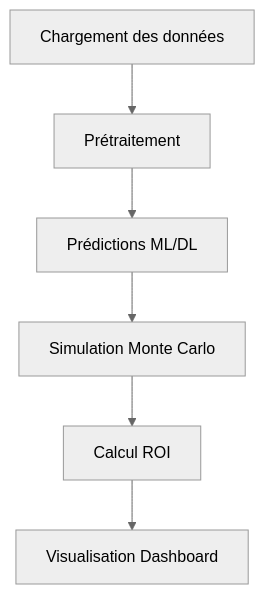
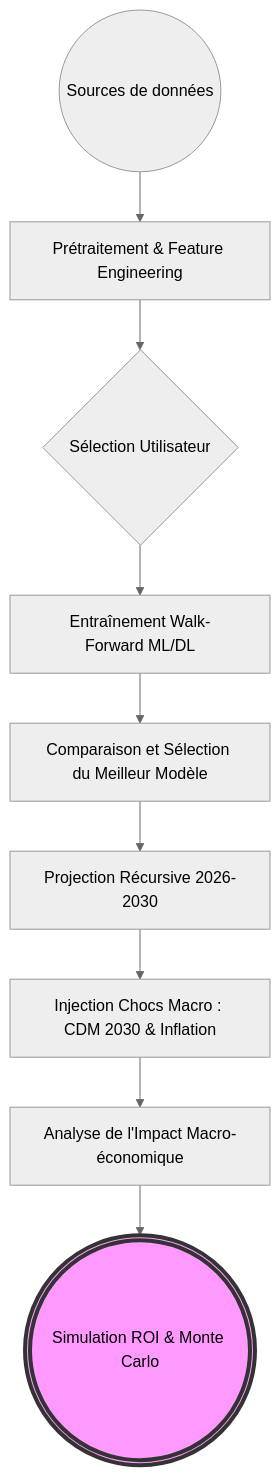
One commit to achraflm/Hospitality-Strategy-Morocco-2030 changed the diagram in docs/dashboard.md. Above: the diagram before and after it, drawn with Mermaid (neutral theme). The commit also changed other lines of this file, not shown here.

Commit message:
docs: update dashboard.py documentation with detailed business logic and figures

````diff
--- a/docs/dashboard.md
+++ b/docs/dashboard.md
@@ -27,16 +34,14 @@
 ```mermaid
 flowchart TD
 
-A[Chargement des données]
-B[Prétraitement]
-C[Prédictions ML/DL]
-D[Simulation Monte Carlo]
-E[Calcul ROI]
-F[Visualisation Dashboard]
+A((Sources de données)) --> B[Prétraitement & Feature Engineering]
+B --> C{Sélection Utilisateur}
+C --> D[Entraînement Walk-Forward ML/DL]
+D --> E[Comparaison et Sélection du Meilleur Modèle]
+E --> F[Projection Récursive 2026-2030]
+F --> G[Injection Chocs Macro : CDM 2030 & Inflation]
+G --> H[Analyse de l'Impact Macro-économique]
+H --> I(((Simulation ROI & Monte Carlo)))
 
-A --> B
-B --> C
-C --> D
-D --> E
-E --> F
+style I fill:#f9f,stroke:#333,stroke-width:4px
 ```
````
